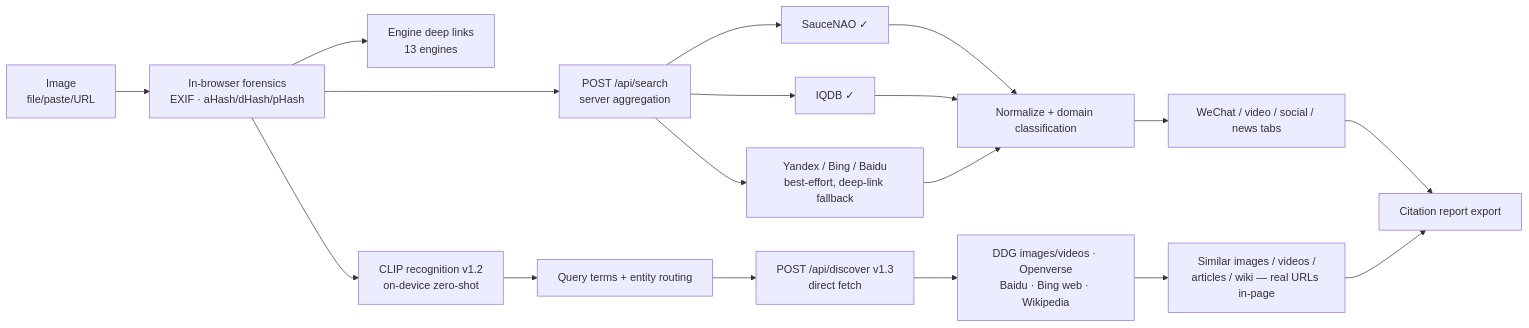
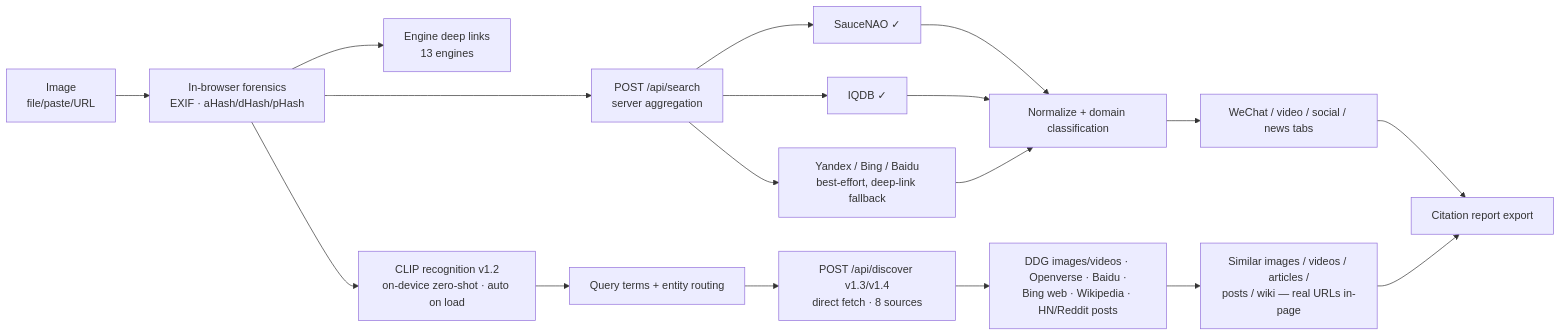
One commit to xiaoanping-101/pictrace changed the diagram in README.en.md. Above: the diagram before and after it, drawn with Mermaid. The commit also changed other lines of this file and 10 other files, not shown here.

First line of the commit message:
feat: v1.4.0 零点击直达——载图即出结果，新增社区帖子源

````diff
--- a/README.en.md
+++ b/README.en.md
@@ -59,17 +59,17 @@
 ```mermaid
 flowchart LR
     A[Image<br/>file/paste/URL] --> B[In-browser forensics<br/>EXIF · aHash/dHash/pHash]
     B --> C[Engine deep links<br/>13 engines]
     B --> F[POST /api/search<br/>server aggregation]
     F --> G[SauceNAO ✓]
     F --> H[IQDB ✓]
     F --> I[Yandex / Bing / Baidu<br/>best-effort, deep-link fallback]
     G & H & I --> J[Normalize + domain classification]
     J --> K[WeChat / video / social / news tabs]
-    B --> M[CLIP recognition v1.2<br/>on-device zero-shot]
+    B --> M[CLIP recognition v1.2<br/>on-device zero-shot · auto on load]
     M --> N[Query terms + entity routing]
-    N --> O[POST /api/discover v1.3<br/>direct fetch]
-    O --> P[DDG images/videos · Openverse<br/>Baidu · Bing web · Wikipedia]
-    P --> Q[Similar images / videos /<br/>articles / wiki — real URLs in-page]
+    N --> O[POST /api/discover v1.3/v1.4<br/>direct fetch · 8 sources]
+    O --> P[DDG images/videos · Openverse · Baidu ·<br/>Bing web · Wikipedia · HN/Reddit posts]
+    P --> Q[Similar images / videos / articles /<br/>posts / wiki — real URLs in-page]
     K & Q --> L[Citation report export]
 ```
````
